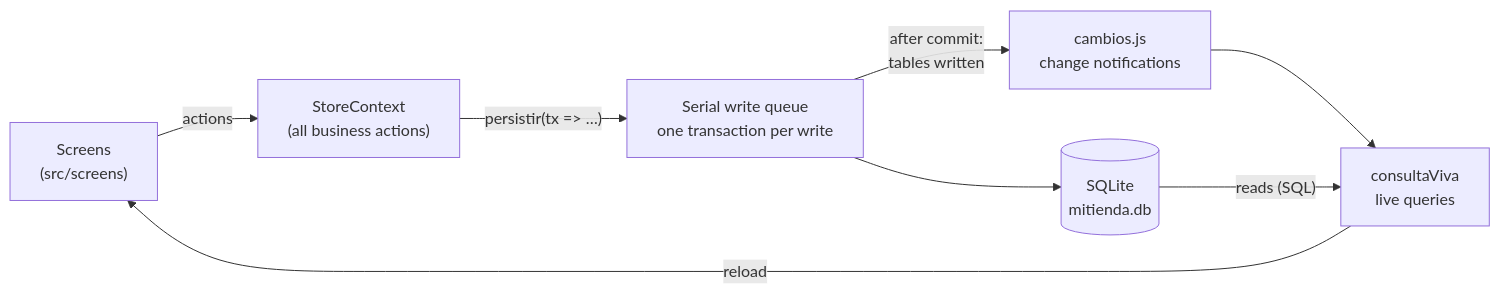
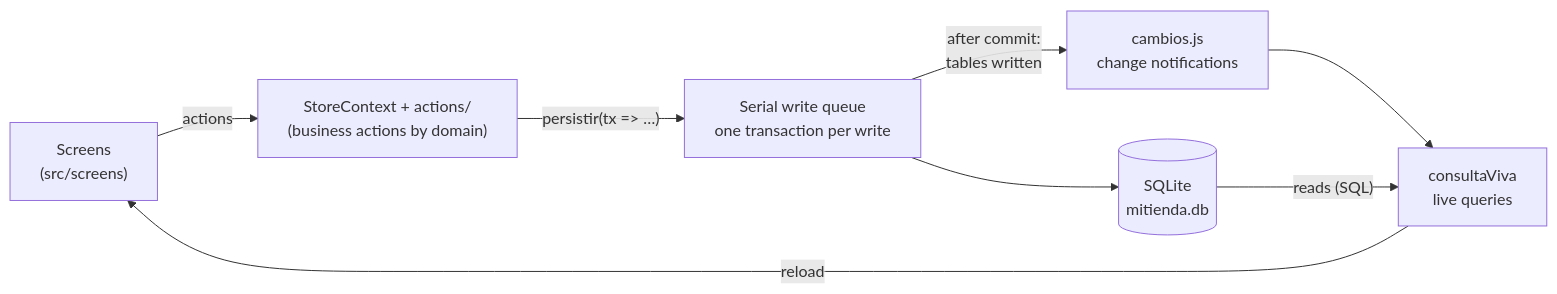
The diagram in README.md (sosagonzales0409-max/LudyShop), drawn with Mermaid before and after one commit. The commit also changed other lines of this file and 12 other files, not shown here.

First line of the commit message:
Divide StoreContext en núcleo y acciones por dominio

````diff
--- a/README.md
+++ b/README.md
@@ -76,10 +76,10 @@
 ```mermaid
 flowchart LR
-    UI["Screens<br/>(src/screens)"] -->|actions| CTX["StoreContext<br/>(all business actions)"]
+    UI["Screens<br/>(src/screens)"] -->|actions| CTX["StoreContext + actions/<br/>(business actions by domain)"]
     CTX -->|"persistir(tx => …)"| Q["Serial write queue<br/>one transaction per write"]
     Q --> DB[("SQLite<br/>mitienda.db")]
     Q -->|"after commit:<br/>tables written"| EV["cambios.js<br/>change notifications"]
     EV --> LIVE["consultaViva<br/>live queries"]
     LIVE -->|reload| UI
     DB -->|"reads (SQL)"| LIVE
 ```
````
